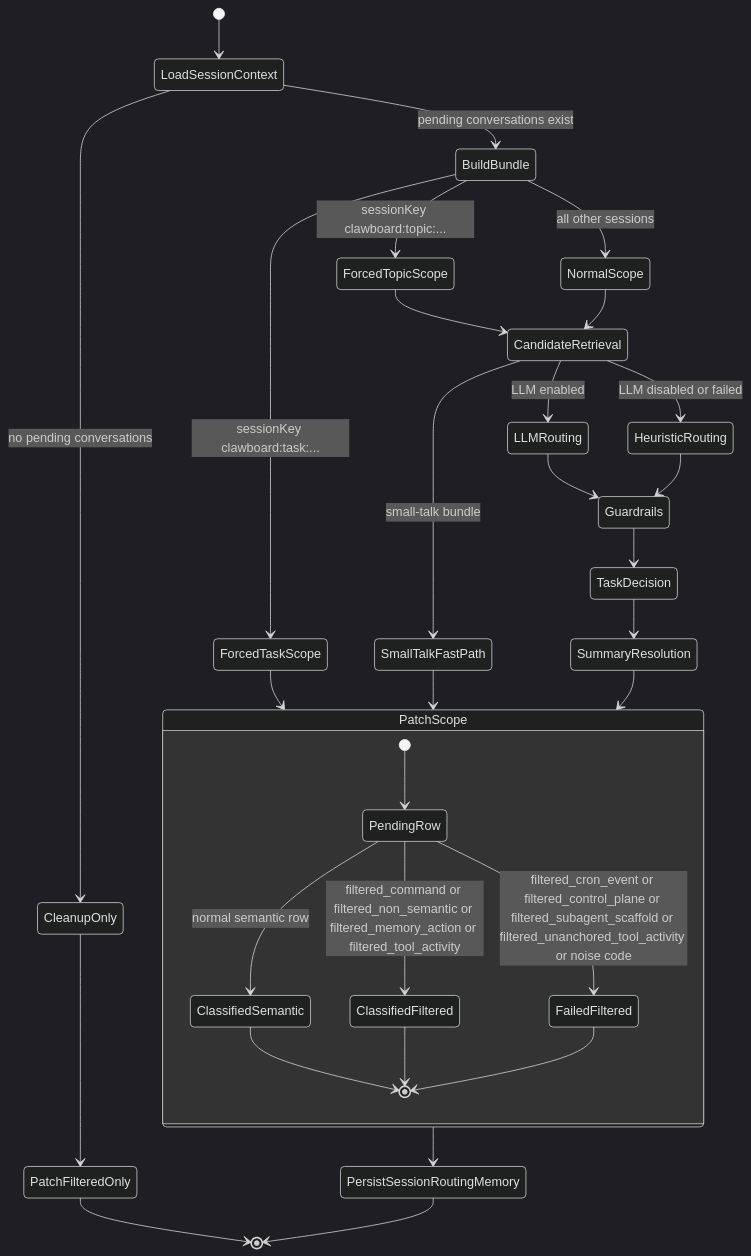
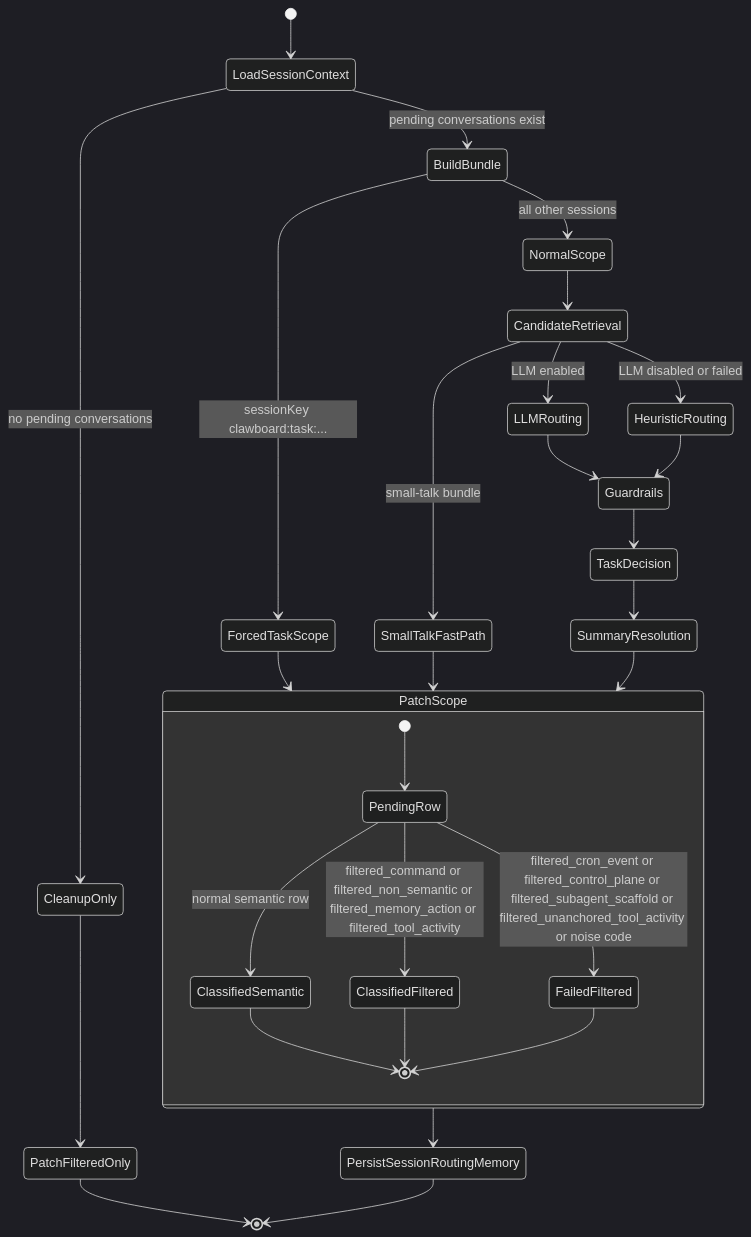
One commit to sirouk/clawboard changed the fifth of 6 diagrams in OPENCLAW_CLAWBOARD_UML.md. Above: the diagram before and after it, drawn with Mermaid (dark theme). The commit also changed 47 other files, not shown here.

````diff
--- a/OPENCLAW_CLAWBOARD_UML.md
+++ b/OPENCLAW_CLAWBOARD_UML.md
@@ -260,41 +260,39 @@
 ```mermaid
 stateDiagram-v2
     [*] --> LoadSessionContext
     LoadSessionContext --> CleanupOnly : no pending conversations
     LoadSessionContext --> BuildBundle : pending conversations exist
 
     CleanupOnly --> PatchFilteredOnly
     PatchFilteredOnly --> [*]
 
     BuildBundle --> ForcedTaskScope : sessionKey clawboard:task:...
-    BuildBundle --> ForcedTopicScope : sessionKey clawboard:topic:...
     BuildBundle --> NormalScope : all other sessions
 
     ForcedTaskScope --> PatchScope
-    ForcedTopicScope --> CandidateRetrieval
     NormalScope --> CandidateRetrieval
 
     CandidateRetrieval --> SmallTalkFastPath : small-talk bundle
     SmallTalkFastPath --> PatchScope
 
     CandidateRetrieval --> LLMRouting : LLM enabled
     CandidateRetrieval --> HeuristicRouting : LLM disabled or failed
     LLMRouting --> Guardrails
     HeuristicRouting --> Guardrails
 
     Guardrails --> TaskDecision
     TaskDecision --> SummaryResolution
     SummaryResolution --> PatchScope
     PatchScope --> PersistSessionRoutingMemory
     PersistSessionRoutingMemory --> [*]
 
     state PatchScope {
       [*] --> PendingRow
       PendingRow --> ClassifiedSemantic : normal semantic row
       PendingRow --> ClassifiedFiltered : filtered_command or filtered_non_semantic or filtered_memory_action or filtered_tool_activity
       PendingRow --> FailedFiltered : filtered_cron_event or filtered_control_plane or filtered_subagent_scaffold or filtered_unanchored_tool_activity or noise code
       ClassifiedSemantic --> [*]
       ClassifiedFiltered --> [*]
       FailedFiltered --> [*]
     }
 ```
````
